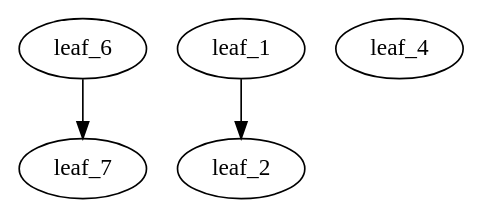
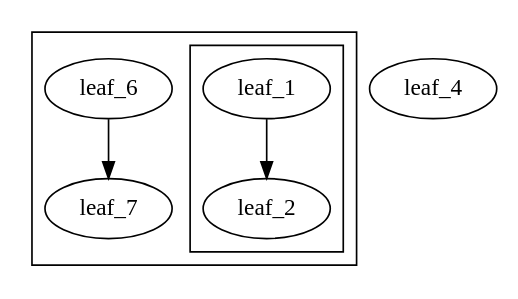
The diagram in x3d/dependency.dot (stefanrinderle/SoftViz3D), drawn with Graphviz before and after one commit. The commit also changed 4 other files, not shown here.

```diff
--- a/x3d/dependency.dot
+++ b/x3d/dependency.dot
@@ -1,13 +1,13 @@
 digraph G {
-	subgraph node_5 {
+	subgraph cluster_node_5 {
+		subgraph cluster_node_3 {
+			leaf_1;
+			leaf_2;
+			leaf_1 -> leaf_2;
+		}
 		leaf_6;
 		leaf_7;
 		leaf_6 -> leaf_7;
 	}
-	subgraph node_3 {
-		leaf_1;
-		leaf_2;
-		leaf_1 -> leaf_2;
-	}
 	leaf_4;
 }
```
